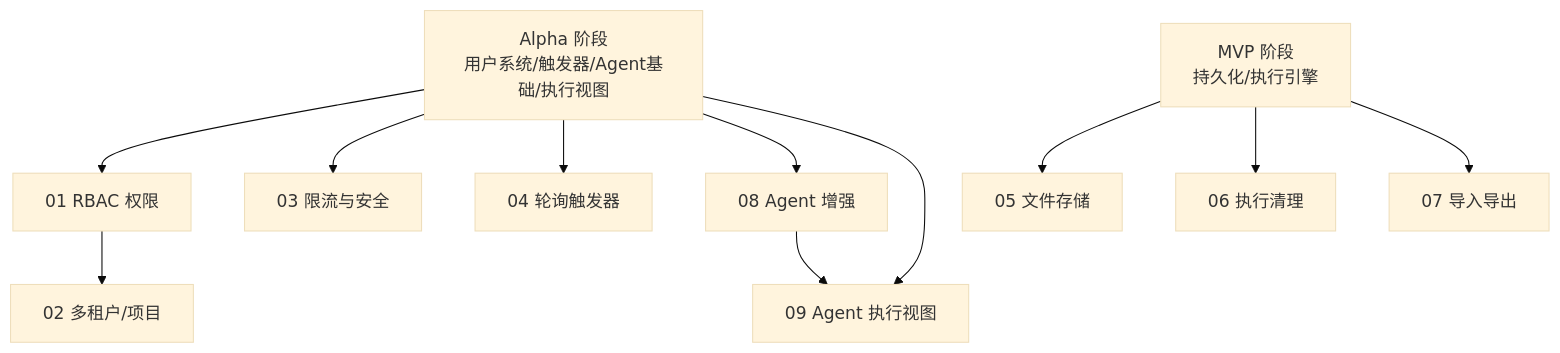
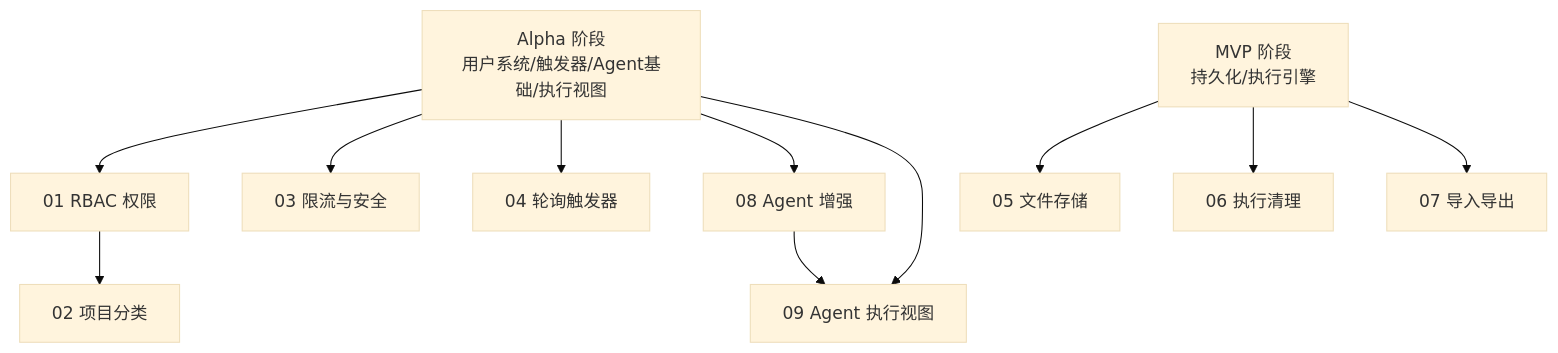
Before and after one commit to maddemon/workflow_engine: the diagram in docs/plans/beta/plan-beta-00-readme.md, drawn with Mermaid (base theme). The commit also changed other lines of this file and 162 other files, not shown here.

````diff
--- a/docs/plans/beta/plan-beta-00-readme.md
+++ b/docs/plans/beta/plan-beta-00-readme.md
@@ -45,14 +45,14 @@
 ```mermaid
 flowchart TD
     Alpha[Alpha 阶段<br/>用户系统/触发器/Agent基础/执行视图] --> RBAC[01 RBAC 权限]
     Alpha --> RateLimit[03 限流与安全]
     Alpha --> Poll[04 轮询触发器]
     MVP[MVP 阶段<br/>持久化/执行引擎] --> File[05 文件存储]
     MVP --> Cleanup[06 执行清理]
     MVP --> ImpExp[07 导入导出]
     Alpha --> AgentEnh[08 Agent 增强]
 
-    RBAC --> Multi[02 多租户/项目]
+    RBAC --> Project[02 项目分类]
     AgentEnh --> AgentView[09 Agent 执行视图]
     Alpha --> AgentView
 ```
````
